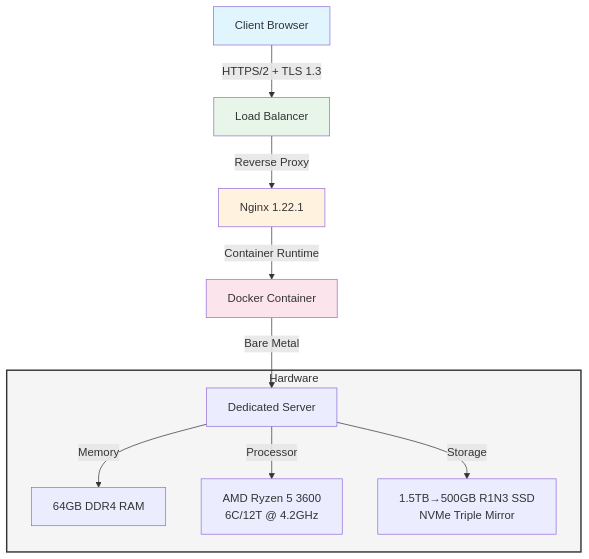
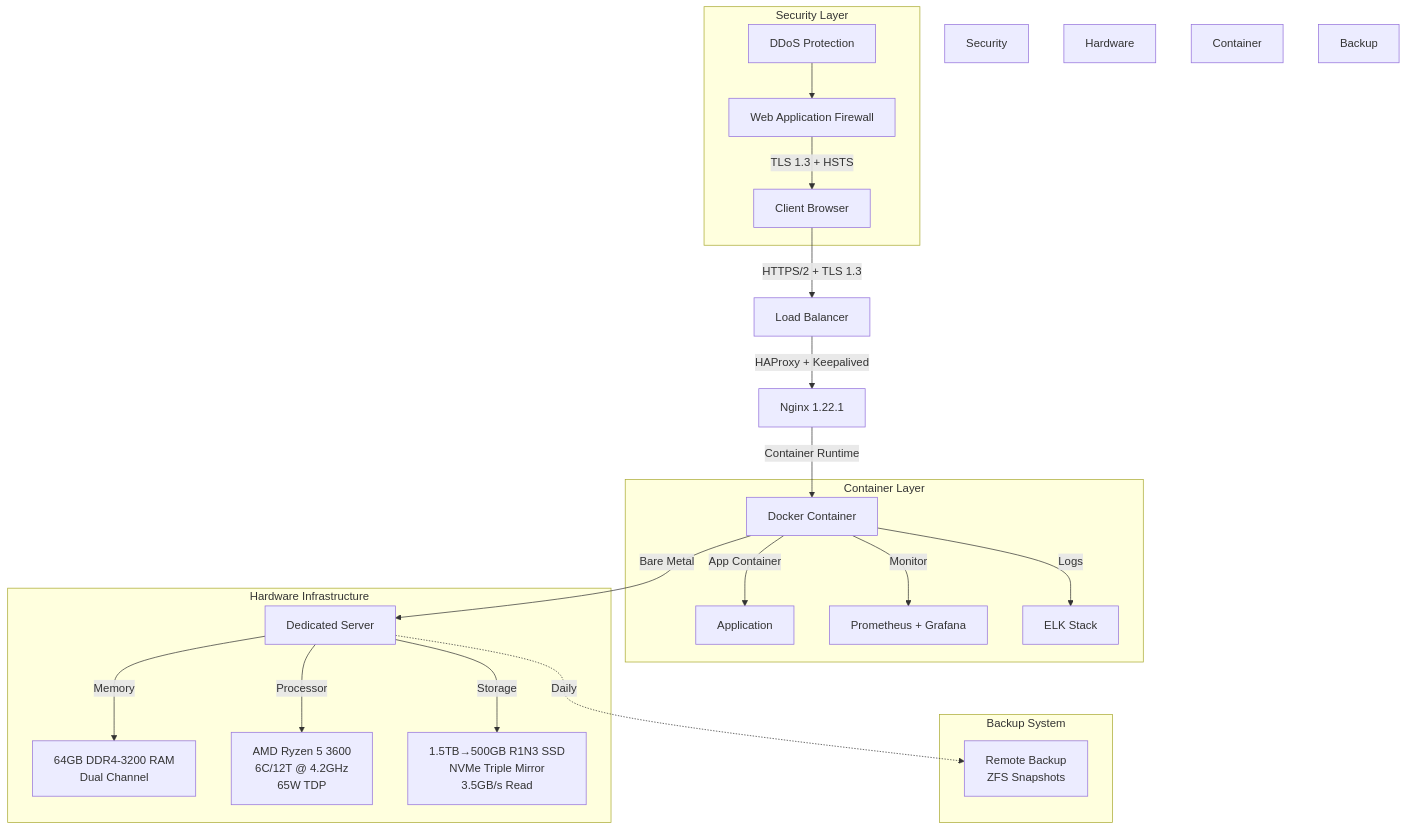
The diagram in README.md (lucaskemper/portfolio-website), drawn with Mermaid before and after one commit. The commit also changed other lines of this file, not shown here.

````diff
--- a/README.md
+++ b/README.md
@@ -34,19 +34,34 @@
 ```mermaid
 graph TD
-    A[Client Browser] -->|HTTPS/2 + TLS 1.3| B[Load Balancer]
-    B -->|Reverse Proxy| C[Nginx 1.22.1]
-    C -->|Container Runtime| D[Docker Container]
-    D -->|Bare Metal| E[Dedicated Server]
-    
-    subgraph Hardware
-        E -->|Memory| F[64GB DDR4 RAM]
-        E -->|Processor| G[AMD Ryzen 5 3600<br>6C/12T @ 4.2GHz]
-        E -->|Storage| H[1.5TB→500GB R1N3 SSD<br>NVMe Triple Mirror]
+    subgraph Security Layer
+        WAF[Web Application Firewall] -->|TLS 1.3 + HSTS| A
+        DDOS[DDoS Protection] --> WAF
     end
 
-    style Hardware fill:#f5f5f5,stroke:#333,stroke-width:2px
-    style A fill:#e1f5fe
-    style B fill:#e8f5e9
-    style C fill:#fff3e0
-    style D fill:#fce4ec
+    A[Client Browser] -->|HTTPS/2 + TLS 1.3| B[Load Balancer]
+    B -->|HAProxy + Keepalived| C[Nginx 1.22.1]
+    C -->|Container Runtime| D[Docker Container]
+
+    subgraph Container Layer
+        D -->|App Container| APP[Application]
+        D -->|Monitor| MON[Prometheus + Grafana]
+        D -->|Logs| LOG[ELK Stack]
+    end
+
+    D -->|Bare Metal| E[Dedicated Server]
+
+    subgraph Hardware Infrastructure
+        E -->|Memory| F[64GB DDR4-3200 RAM<br>Dual Channel]
+        E -->|Processor| G[AMD Ryzen 5 3600<br>6C/12T @ 4.2GHz<br>65W TDP]
+        E -->|Storage| H[1.5TB→500GB R1N3 SSD<br>NVMe Triple Mirror<br>3.5GB/s Read]
+    end
+
+    subgraph Backup System
+        E -.->|Daily| BK[Remote Backup<br>ZFS Snapshots]
+    end
+
+    style Security Layer fill:#ffe0e0
+    style Hardware Infrastructure fill:#e0f0ff
+    style Container Layer fill:#e0ffe0
+    style Backup System fill:#fff0e0
 ```
````
